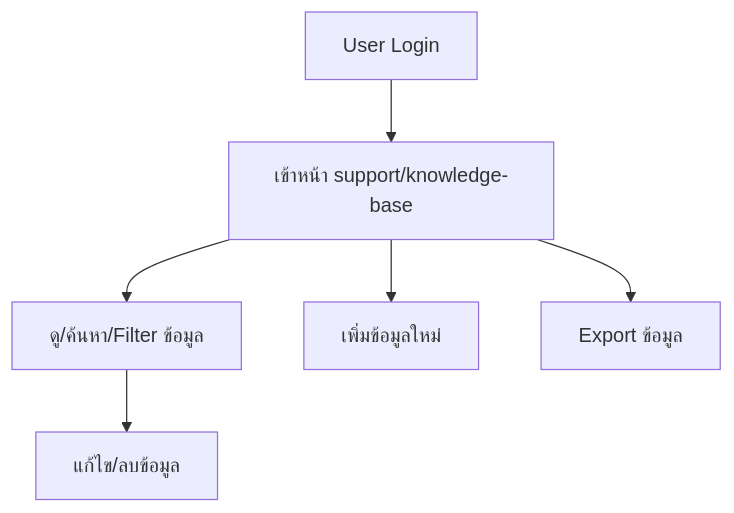
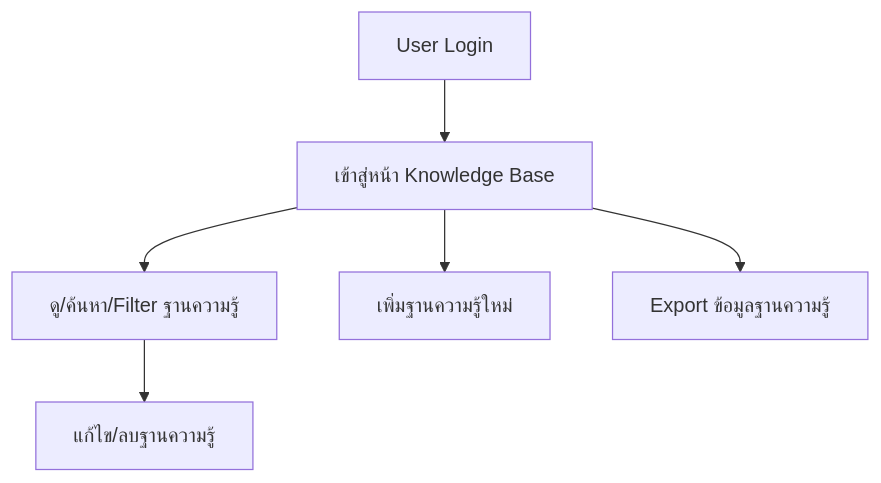
One commit to Atiz-Innovation/EaseMe changed the diagram in docs/support/knowledge-base/flow-diagram.md. Above: the diagram before and after it, drawn with Mermaid. The commit also changed 6 other files, not shown here.

Commit message:
docs: เพิ่มเอกสารมาตรฐาน support/knowledge-base (fields, user-guide, api, test-case, flow-diagram, state-diagram, README)

````diff
--- a/docs/support/knowledge-base/flow-diagram.md
+++ b/docs/support/knowledge-base/flow-diagram.md
@@ -3,8 +3,8 @@
 ```mermaid
 flowchart TD
-    A[User Login] --> B[เข้าหน้า support/knowledge-base]
-    B --> C[ดู/ค้นหา/Filter ข้อมูล]
-    B --> D[เพิ่มข้อมูลใหม่]
-    C --> E[แก้ไข/ลบข้อมูล]
-    B --> F[Export ข้อมูล]
+    A[User Login] --> B[เข้าสู่หน้า Knowledge Base]
+    B --> C[ดู/ค้นหา/Filter ฐานความรู้]
+    B --> D[เพิ่มฐานความรู้ใหม่]
+    C --> E[แก้ไข/ลบฐานความรู้]
+    B --> F[Export ข้อมูลฐานความรู้]
 ```
````
